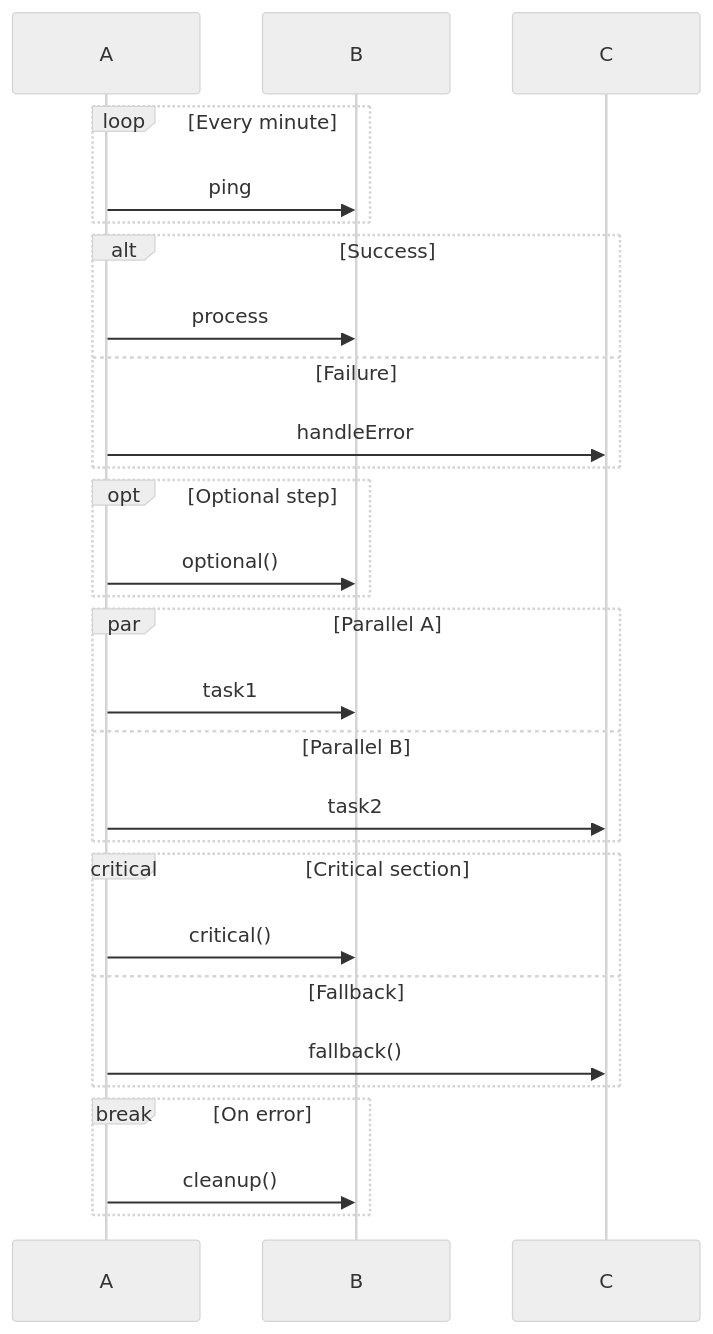
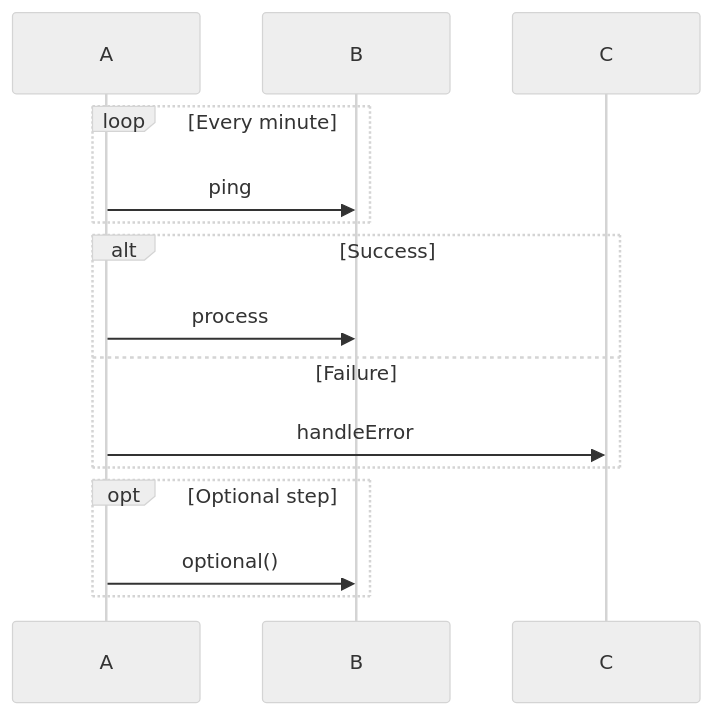
The fifth of 9 diagrams in README.md (andrewgepearce/sequencer-svg), drawn with Mermaid (neutral theme) before and after one commit. The commit also changed other lines of this file and 32 other files, not shown here.

First line of the commit message:
docs: add transformed YAML and SVG for all Mermaid examples

````diff
--- a/README.md
+++ b/README.md
@@ -523,32 +584,20 @@
 ```mermaid
 sequenceDiagram
+    participant A
+    participant B
+    participant C
+
     loop Every minute
         A->>B: ping
     end
 
     alt Success
         A->>B: process
     else Failure
         A->>C: handleError
     end
 
     opt Optional step
         A->>B: optional()
     end
-
-    par Parallel A
-        A->>B: task1
-    and Parallel B
-        A->>C: task2
-    end
-
-    critical Critical section
-        A->>B: critical()
-    option Fallback
-        A->>C: fallback()
-    end
-
-    break On error
-        A->>B: cleanup()
-    end
 ```
````
